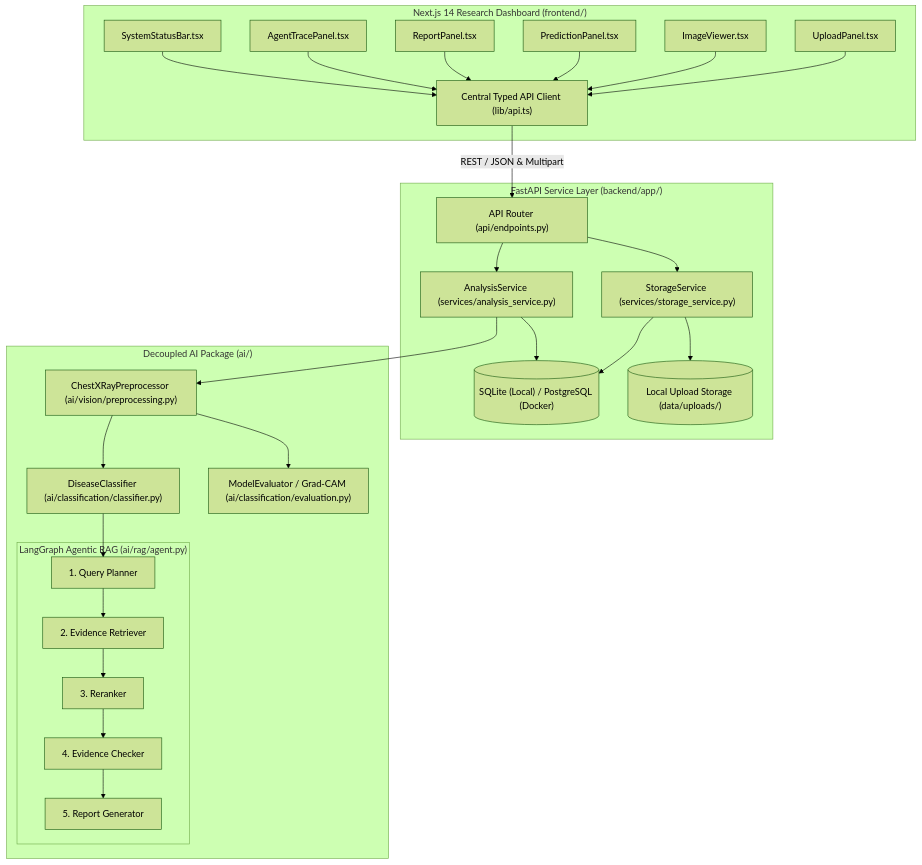
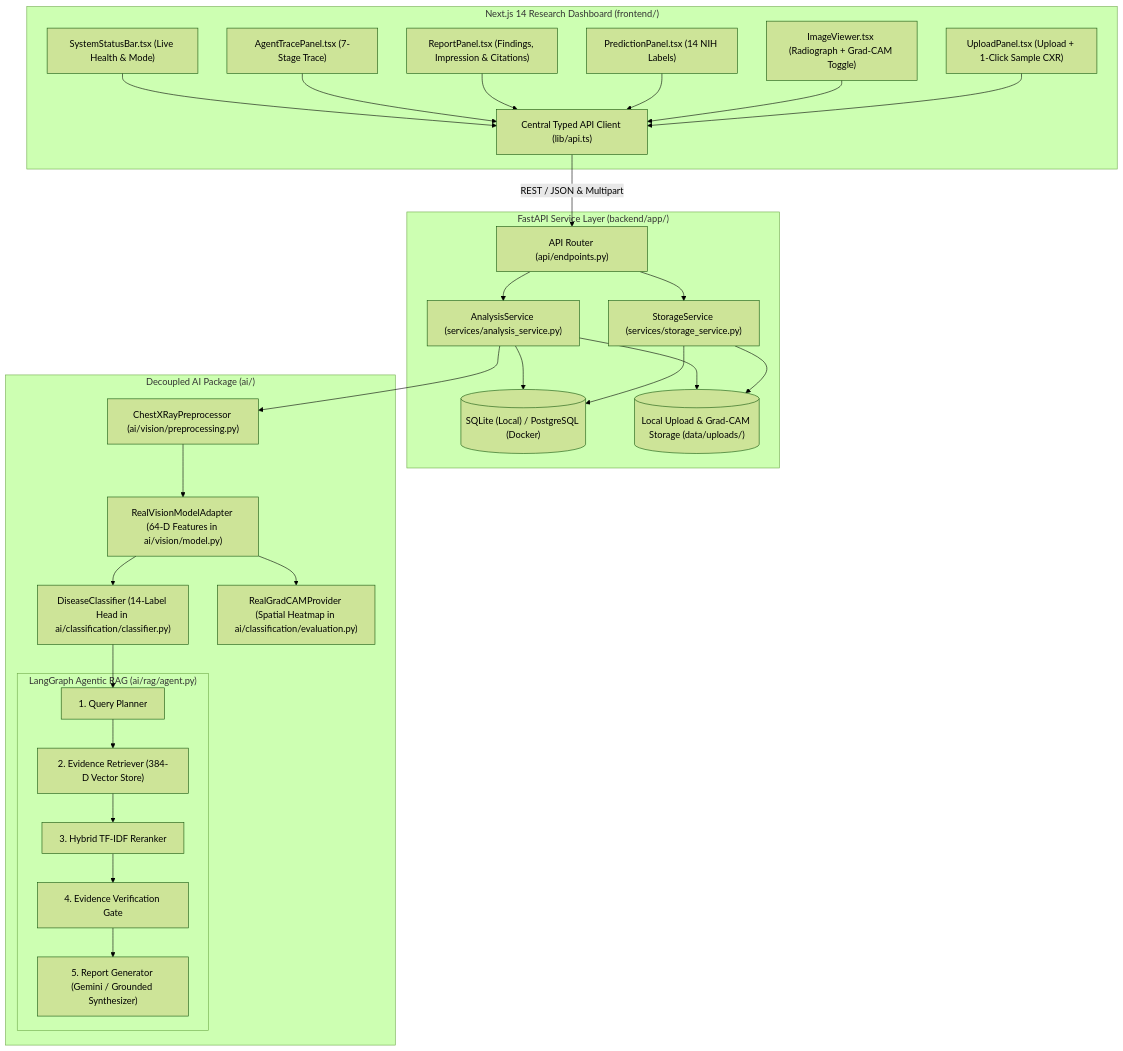
The diagram in docs/architecture.md (tamatar-23/radiology), drawn with Mermaid (forest theme) before and after one commit. The commit also changed other lines of this file and 34 other files, not shown here.

Commit message:
feat: implement full real AI/RAG pipeline, trained CXR weights, and decluttered dashboard UI

````diff
--- a/docs/architecture.md
+++ b/docs/architecture.md
@@ -12,42 +12,43 @@
 ```mermaid
 flowchart TB
     subgraph Frontend["Next.js 14 Research Dashboard (frontend/)"]
-        UI_UP["UploadPanel.tsx"]
-        UI_VW["ImageViewer.tsx"]
-        UI_PR["PredictionPanel.tsx"]
-        UI_RP["ReportPanel.tsx"]
-        UI_TR["AgentTracePanel.tsx"]
-        UI_ST["SystemStatusBar.tsx"]
+        UI_UP["UploadPanel.tsx (Upload + 1-Click Sample CXR)"]
+        UI_VW["ImageViewer.tsx (Radiograph + Grad-CAM Toggle)"]
+        UI_PR["PredictionPanel.tsx (14 NIH Labels)"]
+        UI_RP["ReportPanel.tsx (Findings, Impression & Citations)"]
+        UI_TR["AgentTracePanel.tsx (7-Stage Trace)"]
+        UI_ST["SystemStatusBar.tsx (Live Health & Mode)"]
         API_CL["Central Typed API Client (lib/api.ts)"]
     end
 
     subgraph Backend["FastAPI Service Layer (backend/app/)"]
         RT["API Router (api/endpoints.py)"]
         SS["StorageService (services/storage_service.py)"]
         AS["AnalysisService (services/analysis_service.py)"]
         DB[("SQLite (Local) / PostgreSQL (Docker)")]
-        FS[("Local Upload Storage (data/uploads/)")]
+        FS[("Local Upload & Grad-CAM Storage (data/uploads/)")]
     end
 
     subgraph AILayer["Decoupled AI Package (ai/)"]
         PRE["ChestXRayPreprocessor (ai/vision/preprocessing.py)"]
-        CLS["DiseaseClassifier (ai/classification/classifier.py)"]
-        CAM["ModelEvaluator / Grad-CAM (ai/classification/evaluation.py)"]
+        MOD["RealVisionModelAdapter (64-D Features in ai/vision/model.py)"]
+        CLS["DiseaseClassifier (14-Label Head in ai/classification/classifier.py)"]
+        CAM["RealGradCAMProvider (Spatial Heatmap in ai/classification/evaluation.py)"]
         subgraph RAG["LangGraph Agentic RAG (ai/rag/agent.py)"]
             N1["1. Query Planner"]
-            N2["2. Evidence Retriever"]
-            N3["3. Reranker"]
-            N4["4. Evidence Checker"]
-            N5["5. Report Generator"]
+            N2["2. Evidence Retriever (384-D Vector Store)"]
+            N3["3. Hybrid TF-IDF Reranker"]
+            N4["4. Evidence Verification Gate"]
+            N5["5. Report Generator (Gemini / Grounded Synthesizer)"]
             N1 --> N2 --> N3 --> N4 --> N5
         end
     end
 
     UI_UP & UI_VW & UI_PR & UI_RP & UI_TR & UI_ST --> API_CL
     API_CL -->|REST / JSON & Multipart| RT
     RT --> SS & AS
     SS --> FS & DB
-    AS --> DB
-    AS --> PRE --> CLS & CAM
+    AS --> DB & FS
+    AS --> PRE --> MOD --> CLS & CAM
     CLS --> N1
 ```
````
